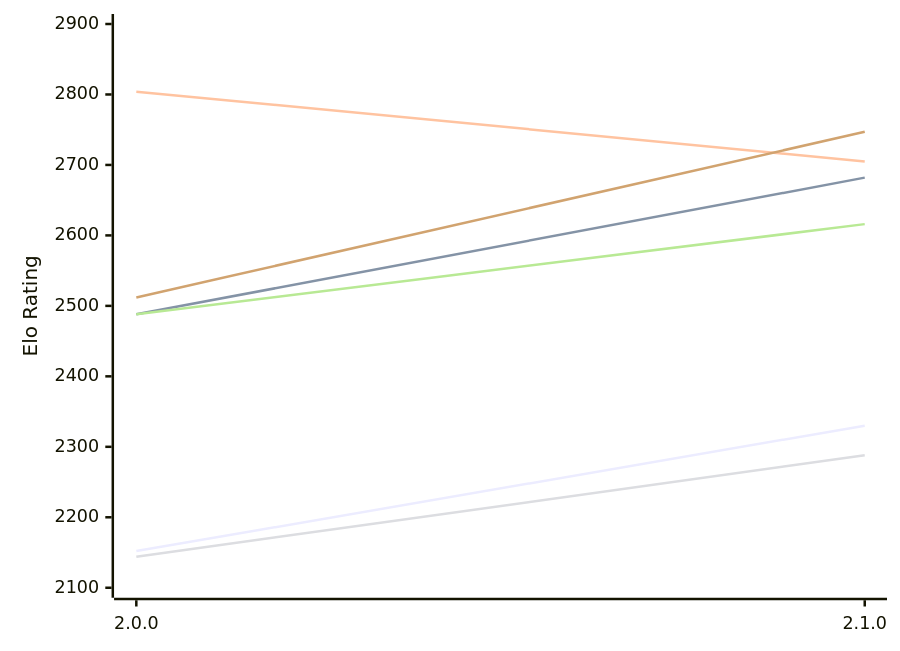
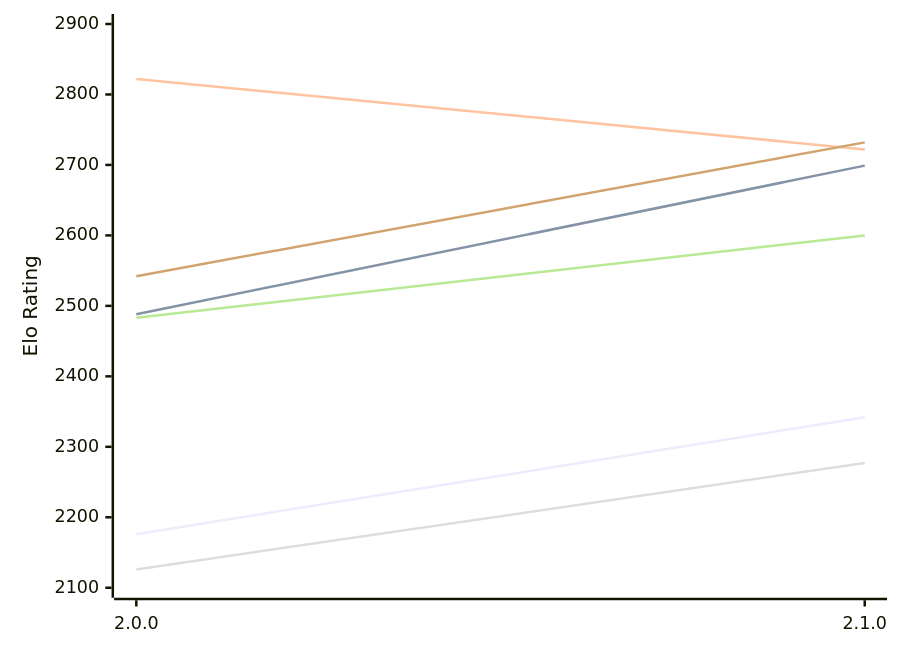
The first of 2 diagrams in engines/Ratsu.md (computer-chess-index/cci), drawn with Mermaid before and after one commit. The commit also changed other lines of this file, not shown here.

Commit message:
Update CCI Ratings (ELO VLTC) - 2026-11-14

````diff
--- a/engines/Ratsu.md
+++ b/engines/Ratsu.md
@@ -54,12 +54,12 @@
 ```mermaid
 %%{init: {"theme":"base","themeVariables":{"seriesColors:['#a3a3a3','#222221','#faa371']}}}%%
 xychart-beta
   x-axis ["2.0.0", "2.1.0"]
   y-axis "Elo Rating" 2100 --> 2900
-  line "E1: STC (8.0+0.08s)" [2152, 2330]
-  line "E1: LTC (60.0+0.60s)" [2488, 2682]
-  line "E1: VLTC (2m24s+1.12s)" [2804, 2705]
-  line "P1: STC (8.0+0.08s)" [2144, 2288]
-  line "P1: LTC (60.0+0.60s)" [2488, 2616]
-  line "P1: VLTC (2m24s+1.12s)" [2512, 2747]
+  line "E1: STC (8.0+0.08s)" [2176, 2342]
+  line "E1: LTC (60.0+0.60s)" [2488, 2699]
+  line "E1: VLTC (2m24s+1.12s)" [2822, 2722]
+  line "P1: STC (8.0+0.08s)" [2126, 2277]
+  line "P1: LTC (60.0+0.60s)" [2483, 2600]
+  line "P1: VLTC (2m24s+1.12s)" [2542, 2732]
 ```
````
